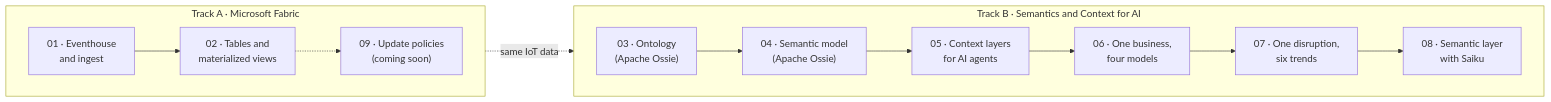
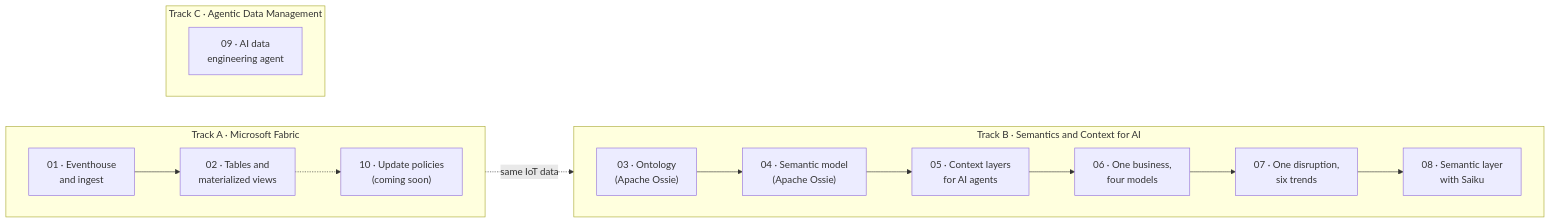
Before and after one commit to aniket-work/data-for-ai: the diagram in README.md, drawn with Mermaid. The commit also changed other lines of this file and 35 other files, not shown here.

Commit message:
09: build an AI data engineering agent, hands-on

````diff
--- a/README.md
+++ b/README.md
@@ -71,12 +72,16 @@
 ```mermaid
 flowchart LR
     subgraph A["Track A · Microsoft Fabric"]
         direction LR
-        A1["01 · Eventhouse<br/>and ingest"] --> A2["02 · Tables and<br/>materialized views"] -.-> A3["09 · Update policies<br/>(coming soon)"]
+        A1["01 · Eventhouse<br/>and ingest"] --> A2["02 · Tables and<br/>materialized views"] -.-> A3["10 · Update policies<br/>(coming soon)"]
     end
     subgraph B["Track B · Semantics and Context for AI"]
         direction LR
         B1["03 · Ontology<br/>(Apache Ossie)"] --> B2["04 · Semantic model<br/>(Apache Ossie)"] --> B3["05 · Context layers<br/>for AI agents"] --> B4["06 · One business,<br/>four models"] --> B5["07 · One disruption,<br/>six trends"] --> B6["08 · Semantic layer<br/>with Saiku"]
     end
+    subgraph C["Track C · Agentic Data Management"]
+        direction LR
+        C1["09 · AI data<br/>engineering agent"]
+    end
     A1 -. "same IoT data" .-> B1
 ```
````
